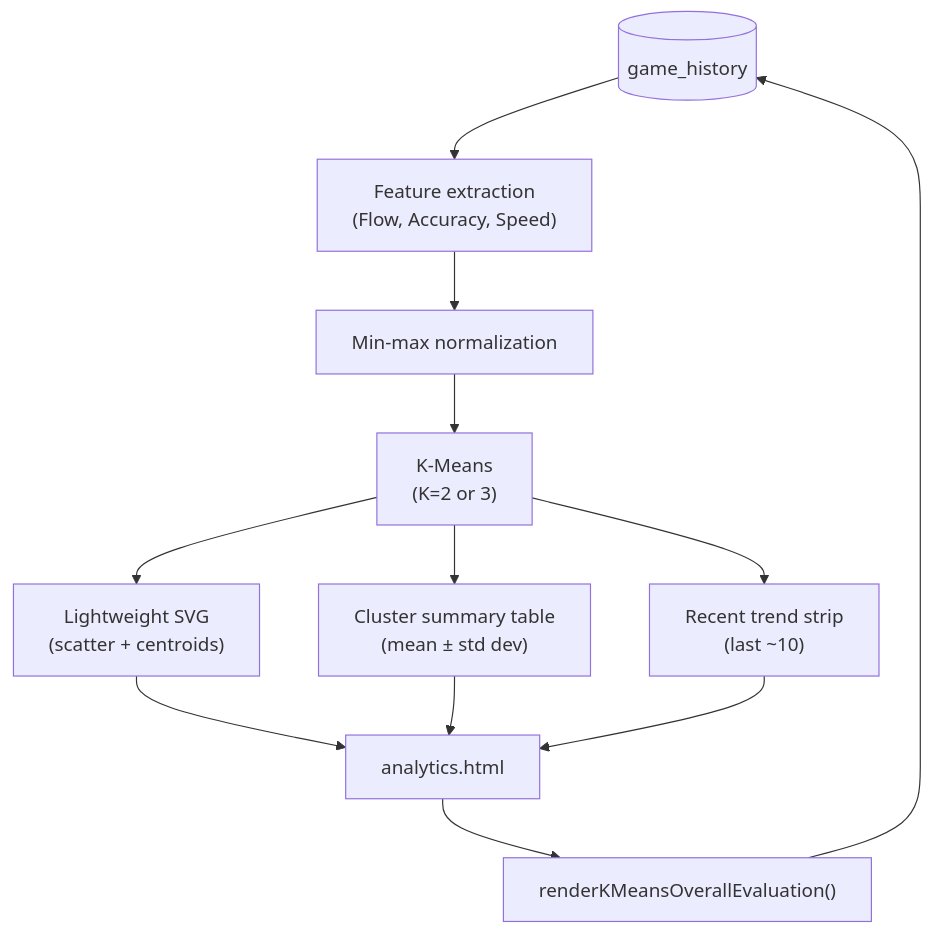
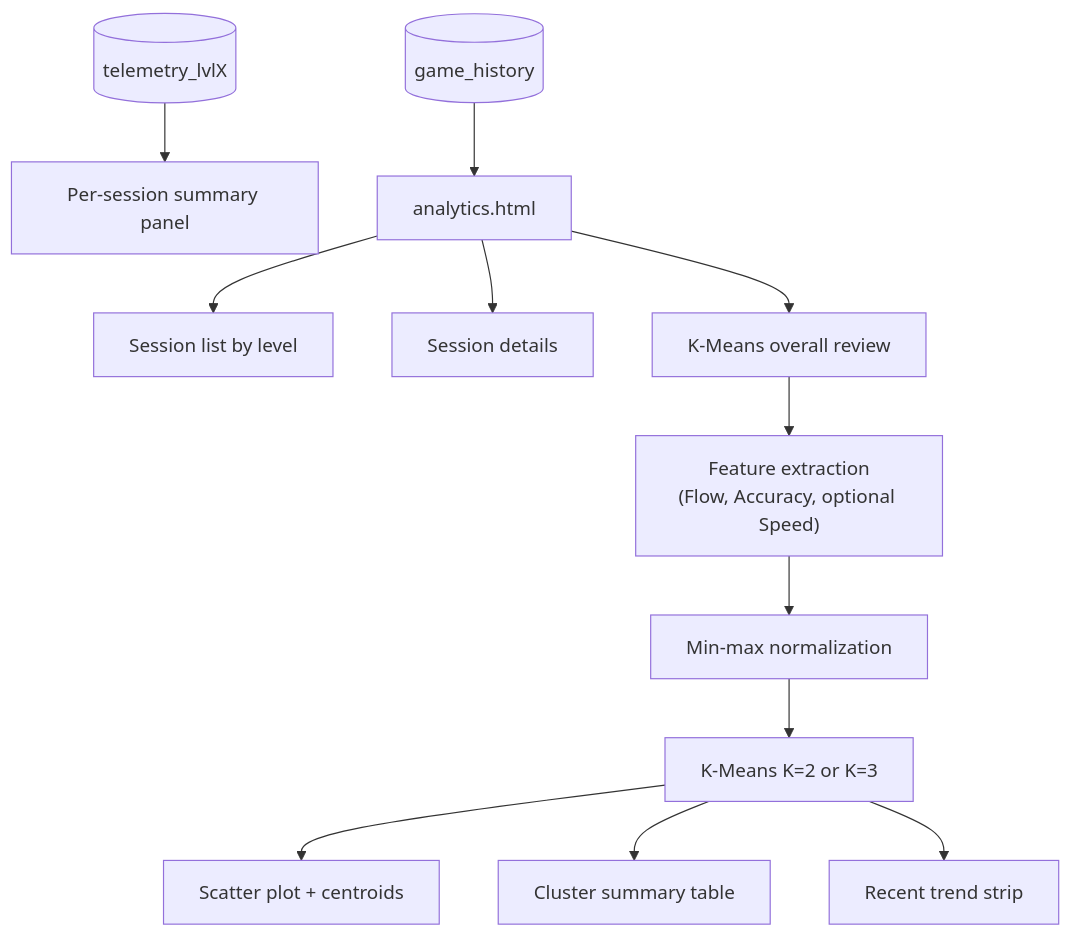
One commit to DDMYmia/Memory-Game-He-Maumahara changed the fourth of 7 diagrams in docs/SYSTEM_DIAGRAMS.md. Above: the diagram before and after it, drawn with Mermaid. The commit also changed other lines of this file and 17 other files, not shown here.

````diff
--- a/docs/SYSTEM_DIAGRAMS.md
+++ b/docs/SYSTEM_DIAGRAMS.md
@@ -114,24 +158,14 @@
 ```mermaid
 flowchart TD
-    HistDB[(game_history)]
-    Page["analytics.html"]
-    Summary["renderKMeansOverallEvaluation()"]
-    Features["Feature extraction\n(Flow, Accuracy, Speed)"]
-    Norm["Min-max normalization"]
-    Model["K-Means\n(K=2 or 3)"]
-    Viz["Lightweight SVG\n(scatter + centroids)"]
-    Table["Cluster summary table\n(mean ± std dev)"]
-    Trend["Recent trend strip\n(last ~10)"]
-
-    Page --> Summary
-    Summary --> HistDB
-    HistDB --> Features
-    Features --> Norm
-    Norm --> Model
-    Model --> Viz
-    Model --> Table
-    Model --> Trend
-    Viz --> Page
-    Table --> Page
-    Trend --> Page
+    Tel[(telemetry_lvlX)] --> Sum[Per-session summary panel]
+    Hist[(game_history)] --> Dash[analytics.html]
+    Dash --> List[Session list by level]
+    Dash --> Detail[Session details]
+    Dash --> Overall[K-Means overall review]
+    Overall --> Feat["Feature extraction<br/>(Flow, Accuracy, optional Speed)"]
+    Feat --> Norm[Min-max normalization]
+    Norm --> KM[K-Means K=2 or K=3]
+    KM --> Plot[Scatter plot + centroids]
+    KM --> Table[Cluster summary table]
+    KM --> Trend[Recent trend strip]
 ```
````
